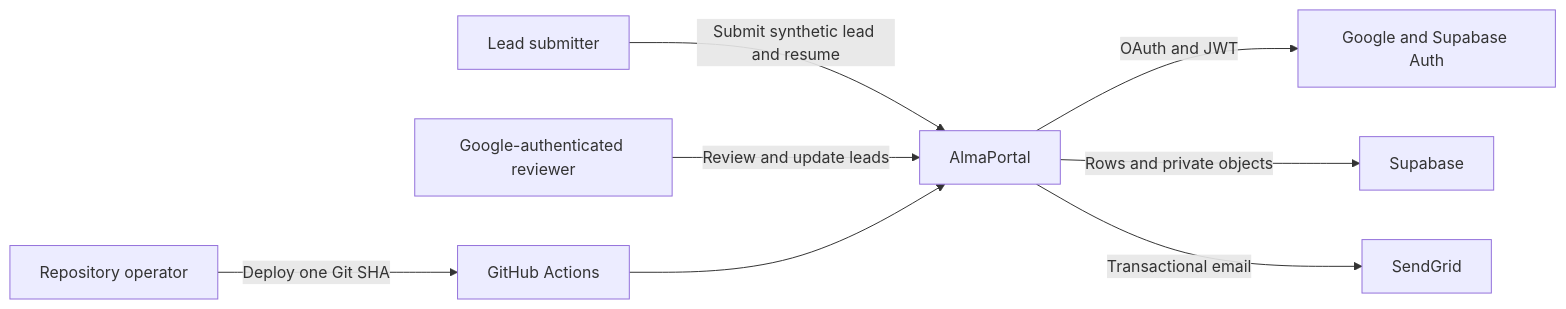
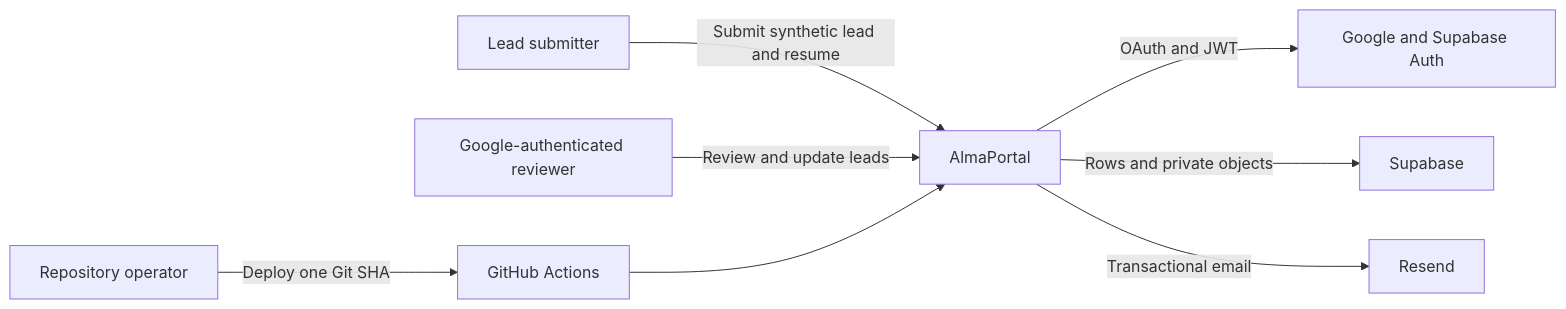
Before and after one commit to Ricky-RL/AlmaPortal: the first of 7 diagrams in docs/system-design.md, drawn with Mermaid. The commit also changed other lines of this file and 39 other files, not shown here.

````diff
--- a/docs/system-design.md
+++ b/docs/system-design.md
@@ -36,10 +41,10 @@
 ```mermaid
 flowchart LR
     Submitter["Lead submitter"] -->|"Submit synthetic lead and resume"| Portal["AlmaPortal"]
     Reviewer["Google-authenticated reviewer"] -->|"Review and update leads"| Portal
     Portal -->|"OAuth and JWT"| Google["Google and Supabase Auth"]
     Portal -->|"Rows and private objects"| Supabase["Supabase"]
-    Portal -->|"Transactional email"| SendGrid["SendGrid"]
+    Portal -->|"Transactional email"| Resend["Resend"]
     Operator["Repository operator"] -->|"Deploy one Git SHA"| Delivery["GitHub Actions"]
     Delivery --> Portal
 ```
````
